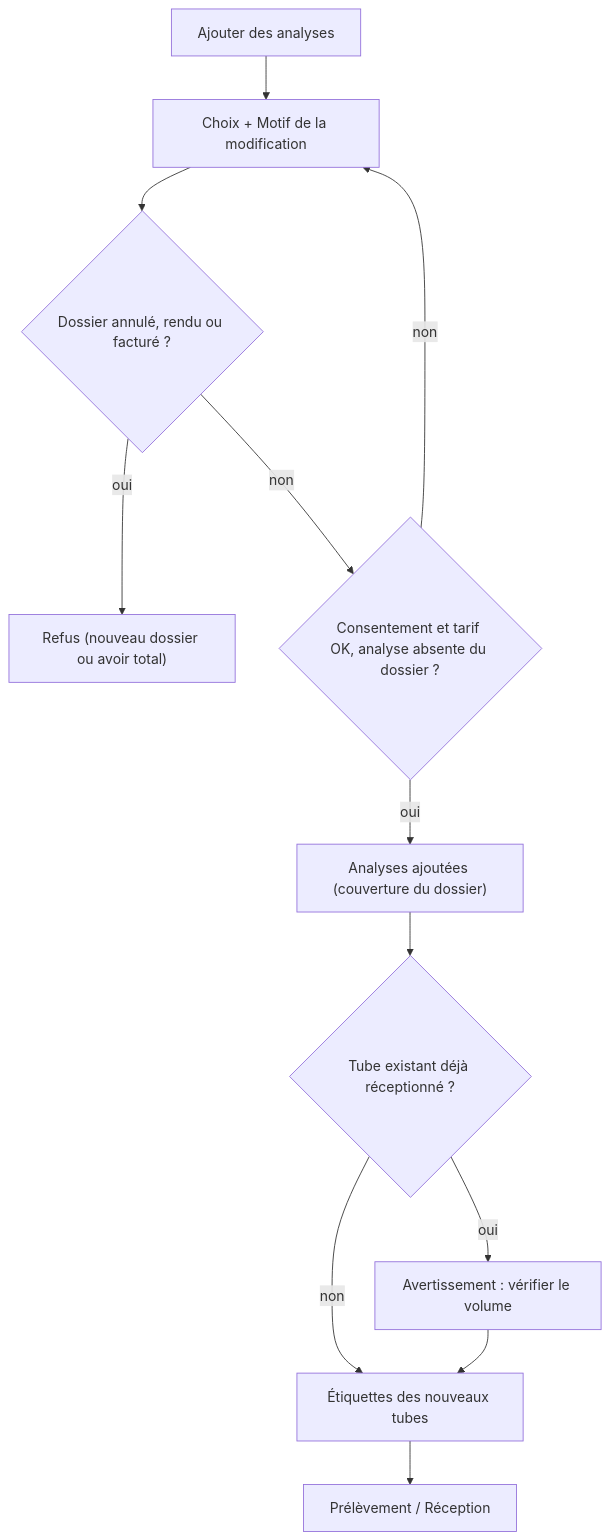
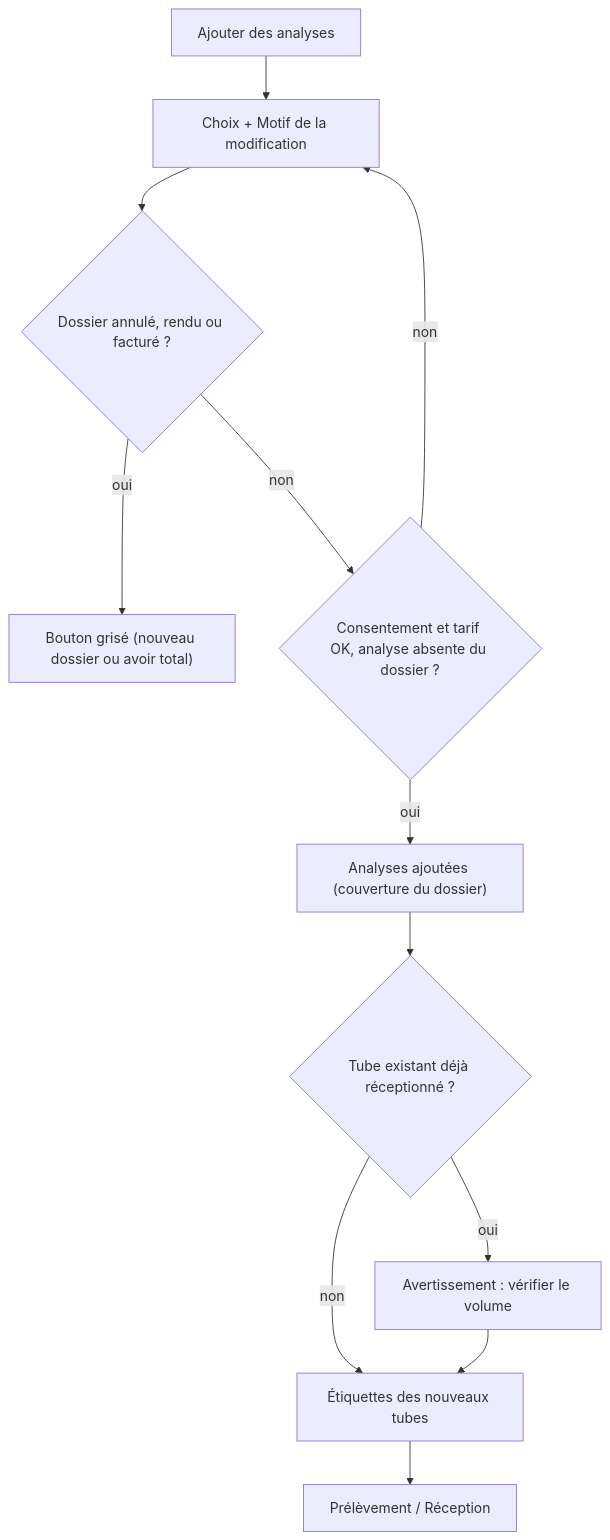
The eighth of 8 diagrams in docs/manuel/01-accueil-enregistrement.md (J4dJad/MarocLis), drawn with Mermaid before and after one commit. The commit also changed other lines of this file and 5 other files, not shown here.

````diff
--- a/docs/manuel/01-accueil-enregistrement.md
+++ b/docs/manuel/01-accueil-enregistrement.md
@@ -468,14 +571,14 @@
 ```mermaid
 flowchart TD
     A["Ajouter des analyses"] --> B["Choix + Motif de la modification"]
     B --> C{"Dossier annulé, rendu ou facturé ?"}
-    C -- oui --> D["Refus (nouveau dossier ou avoir total)"]
+    C -- oui --> D["Bouton grisé (nouveau dossier ou avoir total)"]
     C -- non --> E{"Consentement et tarif OK, analyse absente du dossier ?"}
     E -- non --> B
     E -- oui --> F["Analyses ajoutées (couverture du dossier)"]
     F --> G{"Tube existant déjà réceptionné ?"}
     G -- oui --> H["Avertissement : vérifier le volume"]
     G -- non --> I["Étiquettes des nouveaux tubes"]
     H --> I
     I --> J["Prélèvement / Réception"]
 ```
````
